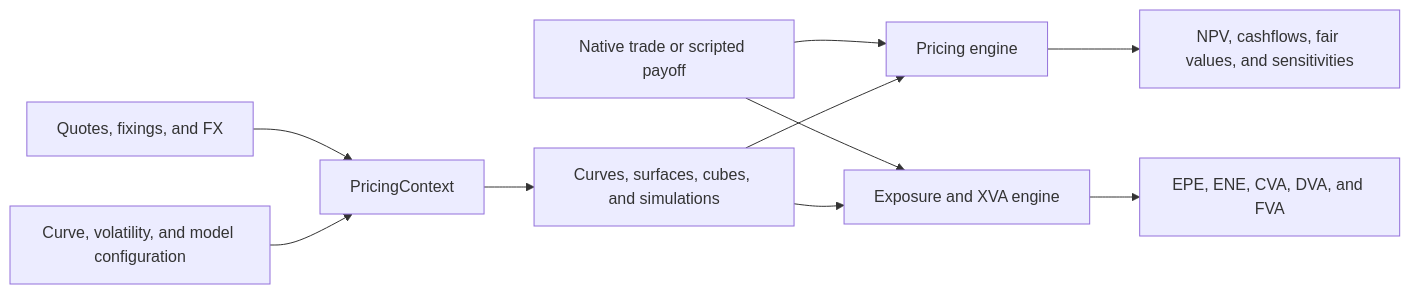
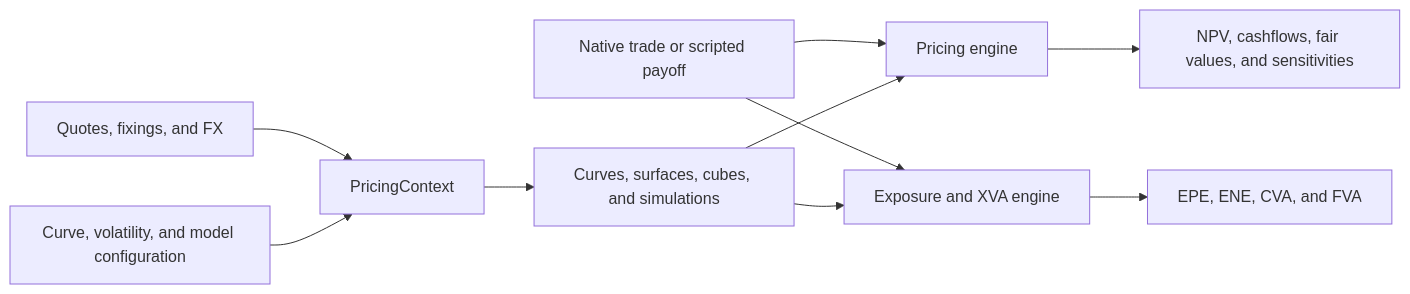
The diagram in README.md (jmelo11/quantsupport), drawn with Mermaid before and after one commit. The commit also changed other lines of this file and 232 other files, not shown here.

````diff
--- a/README.md
+++ b/README.md
@@ -110,12 +132,12 @@
 ```mermaid
 flowchart LR
     A[Quotes, fixings, and FX] --> B[PricingContext]
     C[Curve, volatility, and model configuration] --> B
     B --> D[Curves, surfaces, cubes, and simulations]
     E[Native trade or scripted payoff] --> F[Pricing engine]
     D --> F
     F --> G[NPV, cashflows, fair values, and sensitivities]
     E --> H[Exposure and XVA engine]
     D --> H
-    H --> I[EPE, ENE, CVA, DVA, and FVA]
+    H --> I[EPE, ENE, CVA, and FVA]
 ```
````
